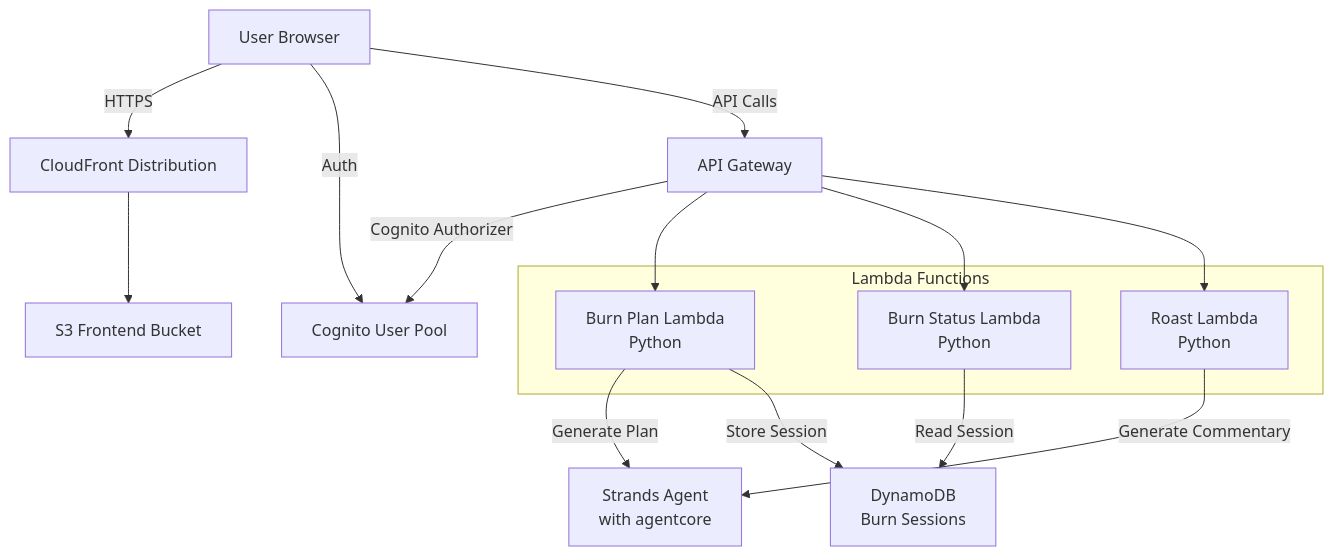
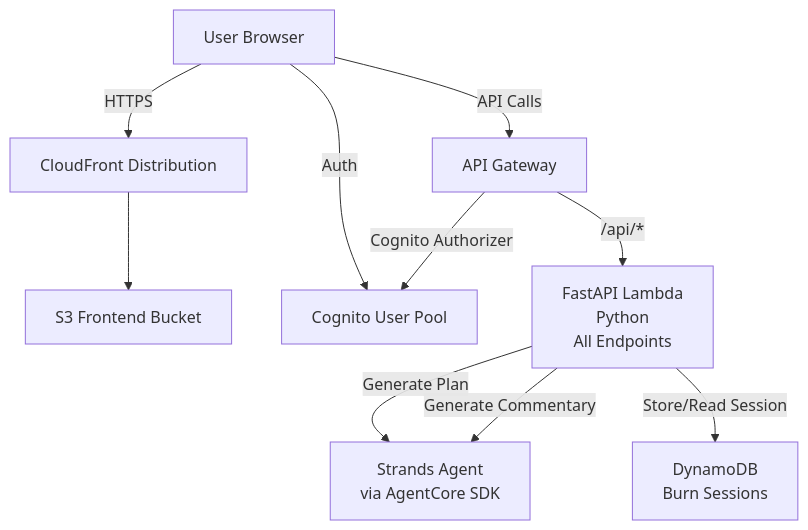
Before and after one commit to masterpointio/road2reinvent-hi-viz: the diagram in .kiro/specs/aws-bill-burner/design.md, drawn with Mermaid. The commit also changed other lines of this file and 2 other files, not shown here.

Commit message:
feat: updates to mono lambda + Fast API + AgentCore SDK

````diff
--- a/.kiro/specs/aws-bill-burner/design.md
+++ b/.kiro/specs/aws-bill-burner/design.md
@@ -20,30 +20,23 @@
 ```mermaid
 graph TB
     User[User Browser]
     CF[CloudFront Distribution]
     S3[S3 Frontend Bucket]
     Cognito[Cognito User Pool]
     APIGW[API Gateway]
     
-    subgraph Lambda Functions
-        BurnPlan[Burn Plan Lambda<br/>Python]
-        BurnStatus[Burn Status Lambda<br/>Python]
-        Roast[Roast Lambda<br/>Python]
-    end
+    Lambda[FastAPI Lambda<br/>Python<br/>All Endpoints]
     
-    Strands[Strands Agent<br/>with agentcore]
+    Strands[Strands Agent<br/>via AgentCore SDK]
     DDB[DynamoDB<br/>Burn Sessions]
     
     User -->|HTTPS| CF
     CF --> S3
     User -->|Auth| Cognito
     User -->|API Calls| APIGW
     APIGW -->|Cognito Authorizer| Cognito
-    APIGW --> BurnPlan
-    APIGW --> BurnStatus
-    APIGW --> Roast
-    BurnPlan -->|Generate Plan| Strands
-    Roast -->|Generate Commentary| Strands
-    BurnPlan -->|Store Session| DDB
-    BurnStatus -->|Read Session| DDB
+    APIGW -->|/api/*| Lambda
+    Lambda -->|Generate Plan| Strands
+    Lambda -->|Generate Commentary| Strands
+    Lambda -->|Store/Read Session| DDB
 ```
````
